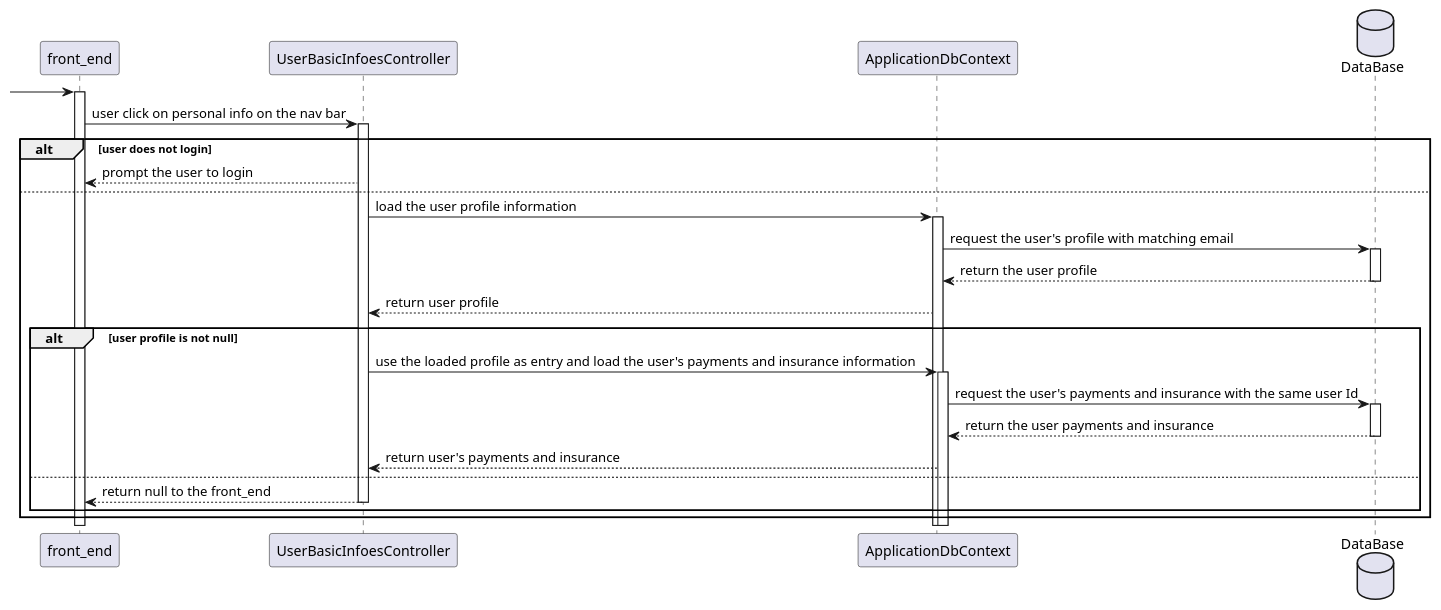
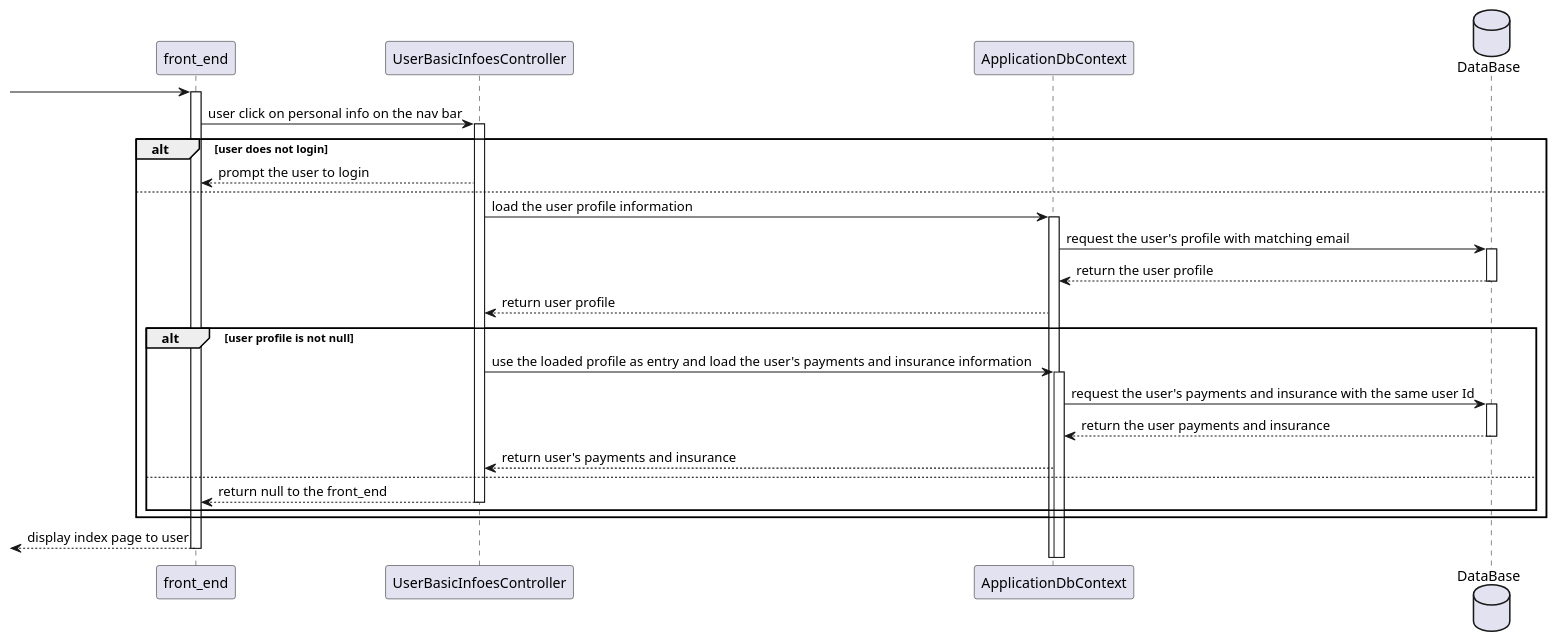
Before and after one commit to kairoskoh/UFlourish-SENG401: the diagram in SENG401_sequence_diagram/src/PersonalInfo_page.puml, drawn with PlantUML.

Commit message:
minor change in sequence

```diff
--- a/SENG401_sequence_diagram/src/PersonalInfo_page.puml
+++ b/SENG401_sequence_diagram/src/PersonalInfo_page.puml
@@ -1,38 +1,36 @@
 @startuml
 'https://plantuml.com/sequence-diagram
 
 participant front_end
 participant UserBasicInfoesController
 participant ApplicationDbContext
 
 database DataBase
 
 
 -> front_end++
     front_end -> UserBasicInfoesController++: user click on personal info on the nav bar
         alt user does not login
             UserBasicInfoesController-->front_end: prompt the user to login
         else
             UserBasicInfoesController->ApplicationDbContext++:load the user profile information
                 ApplicationDbContext->DataBase++: request the user's profile with matching email
                 DataBase-->ApplicationDbContext--: return the user profile
             ApplicationDbContext-->UserBasicInfoesController: return user profile
             alt user profile is not null
                  UserBasicInfoesController->ApplicationDbContext++:use the loaded profile as entry and load the user's payments and insurance information
                     ApplicationDbContext->DataBase++: request the user's payments and insurance with the same user Id
                     DataBase-->ApplicationDbContext--: return the user payments and insurance
                  ApplicationDbContext-->UserBasicInfoesController: return user's payments and insurance
             else
                 UserBasicInfoesController-->front_end--:return null to the front_end
 
             end
 
         end
-
-
-
+[<--front_end--: display index page to user
 
 
 
 
 @enduml
```
